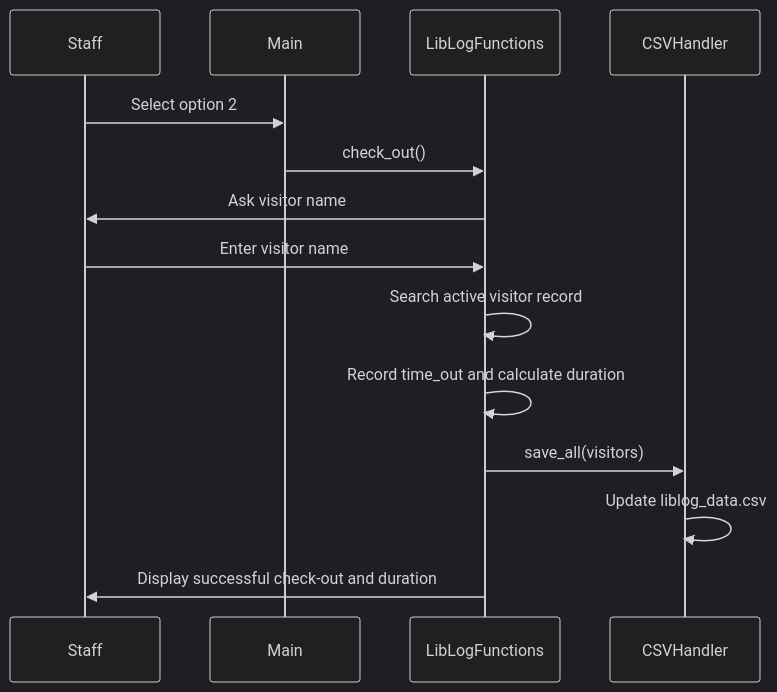
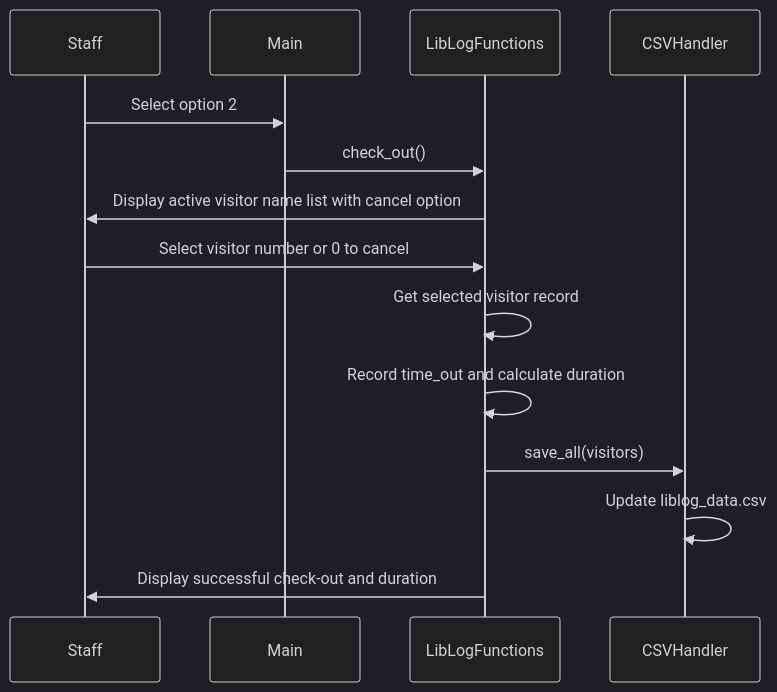
Before and after one commit to KekenGit/LibLogConsole: the fourth of 5 diagrams in DOCUMENTATION.md, drawn with Mermaid (dark theme). The commit also changed other lines of this file, not shown here.

````diff
--- a/DOCUMENTATION.md
+++ b/DOCUMENTATION.md
@@ -202,17 +212,17 @@
 ```mermaid
 sequenceDiagram
     participant Staff
     participant Main
     participant LibLogFunctions
     participant CSVHandler
 
     Staff->>Main: Select option 2
     Main->>LibLogFunctions: check_out()
-    LibLogFunctions->>Staff: Ask visitor name
-    Staff->>LibLogFunctions: Enter visitor name
-    LibLogFunctions->>LibLogFunctions: Search active visitor record
+    LibLogFunctions->>Staff: Display active visitor name list with cancel option
+    Staff->>LibLogFunctions: Select visitor number or 0 to cancel
+    LibLogFunctions->>LibLogFunctions: Get selected visitor record
     LibLogFunctions->>LibLogFunctions: Record time_out and calculate duration
     LibLogFunctions->>CSVHandler: save_all(visitors)
     CSVHandler->>CSVHandler: Update liblog_data.csv
     LibLogFunctions->>Staff: Display successful check-out and duration
 ```
````
